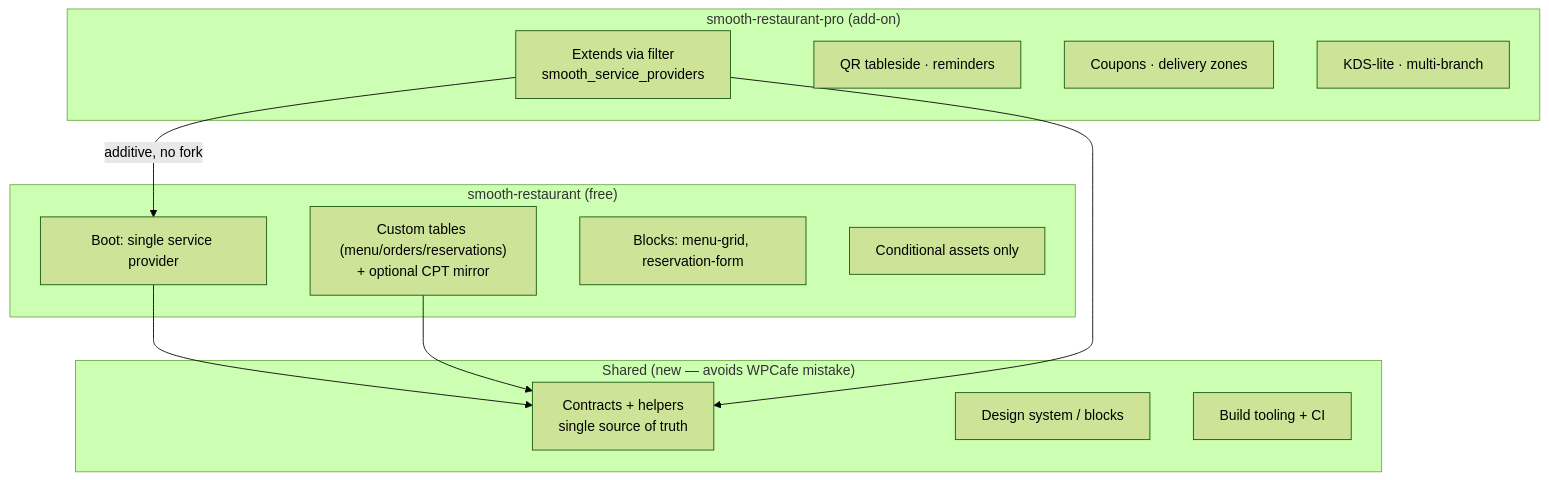
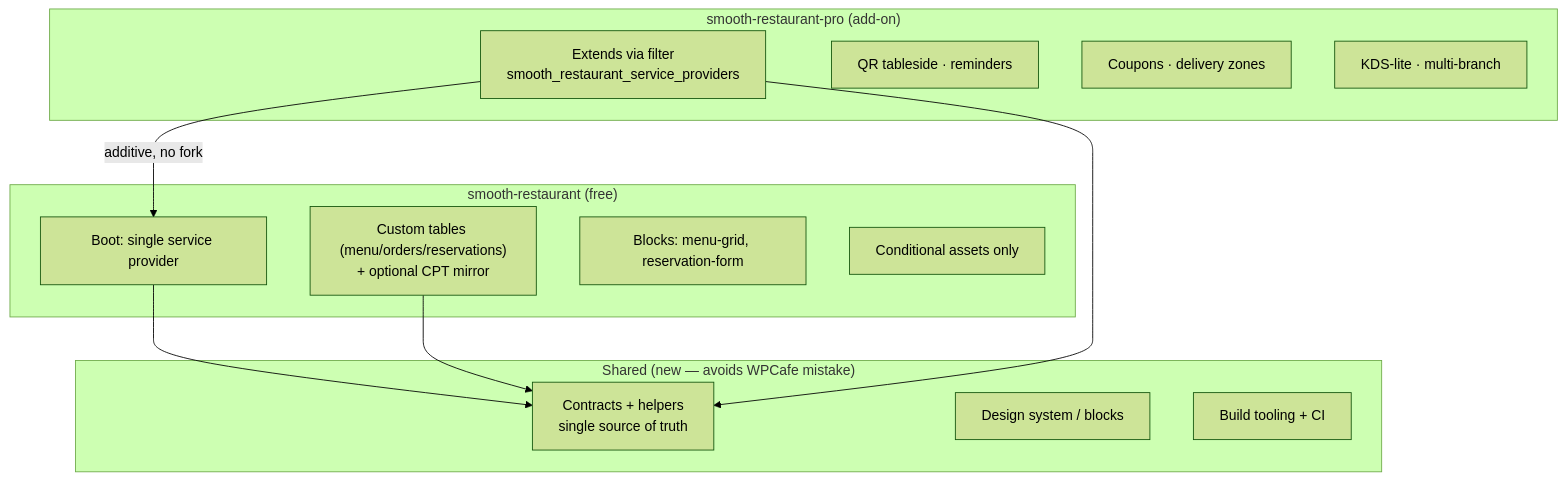
One commit to sakib3201/smooth-restaurant changed the first of 2 diagrams in sm_docs/06-technical-architecture.md. Above: the diagram before and after it, drawn with Mermaid (forest theme). The commit also changed 20 other files, not shown here.

First line of the commit message:
chore(hooks): adopt smooth_restaurant_ underscore naming for hooks and filters

````diff
--- a/sm_docs/06-technical-architecture.md
+++ b/sm_docs/06-technical-architecture.md
@@ -21,26 +21,26 @@
 ```mermaid
 graph TD
     subgraph FREE["smooth-restaurant (free)"]
         F1["Boot: single service provider"]
         F2["Custom tables (menu/orders/reservations)<br/>+ optional CPT mirror"]
         F3["Blocks: menu-grid, reservation-form"]
         F4["Conditional assets only"]
     end
     subgraph PRO["smooth-restaurant-pro (add-on)"]
-        P1["Extends via filter<br/>smooth_service_providers"]
+        P1["Extends via filter<br/>smooth_restaurant_service_providers"]
         P2["QR tableside · reminders"]
         P3["Coupons · delivery zones"]
         P4["KDS-lite · multi-branch"]
     end
     subgraph SHARED["Shared (new — avoids WPCafe mistake)"]
         S1["Contracts + helpers<br/>single source of truth"]
         S2["Design system / blocks"]
         S3["Build tooling + CI"]
     end
     P1 -->|additive, no fork| F1
     F1 --> S1
     P1 --> S1
     F2 --> S1
 
     class S1 internal-link
 ```
````
